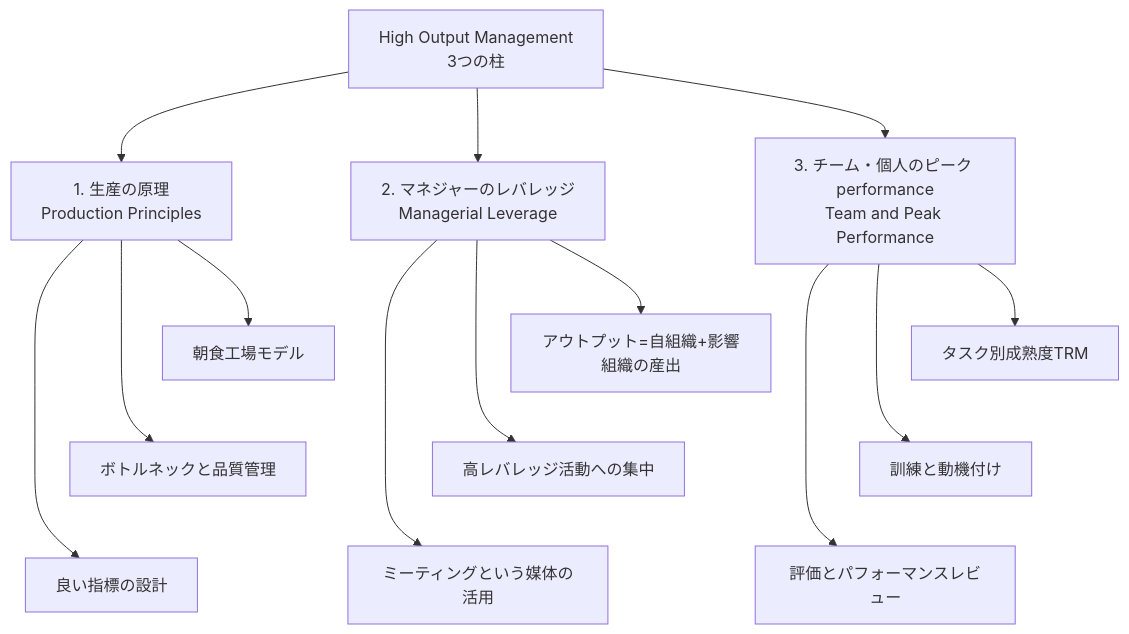
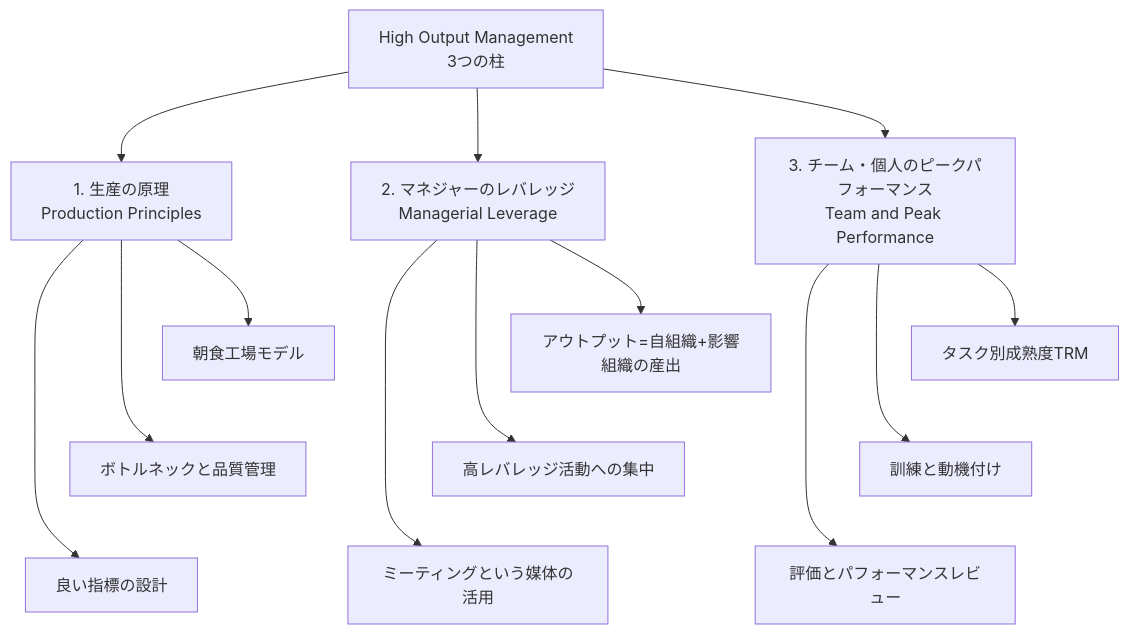
One commit to myoshi2891/Management-Team-Building-Studies changed the first of 7 diagrams in High-output-management-guide.md. Above: the diagram before and after it, drawn with Mermaid. The commit also changed other lines of this file, not shown here.

````diff
--- a/High-output-management-guide.md
+++ b/High-output-management-guide.md
@@ -59,22 +59,22 @@
 ```mermaid
 flowchart TB
     ROOT["High Output Management<br/>3つの柱"]
     ROOT --> P1["1. 生産の原理<br/>Production Principles"]
     ROOT --> P2["2. マネジャーのレバレッジ<br/>Managerial Leverage"]
-    ROOT --> P3["3. チーム・個人のピーク performance<br/>Team and Peak Performance"]
+    ROOT --> P3["3. チーム・個人のピークパフォーマンス<br/>Team and Peak Performance"]
 
     P1 --> P1a["朝食工場モデル"]
     P1 --> P1b["ボトルネックと品質管理"]
     P1 --> P1c["良い指標の設計"]
     P1a ~~~ P1b ~~~ P1c
 
     P2 --> P2a["アウトプット=自組織+影響組織の産出"]
     P2 --> P2b["高レバレッジ活動への集中"]
     P2 --> P2c["ミーティングという媒体の活用"]
     P2a ~~~ P2b ~~~ P2c
 
     P3 --> P3a["タスク別成熟度TRM"]
     P3 --> P3b["訓練と動機付け"]
     P3 --> P3c["評価とパフォーマンスレビュー"]
     P3a ~~~ P3b ~~~ P3c
 ```
````
